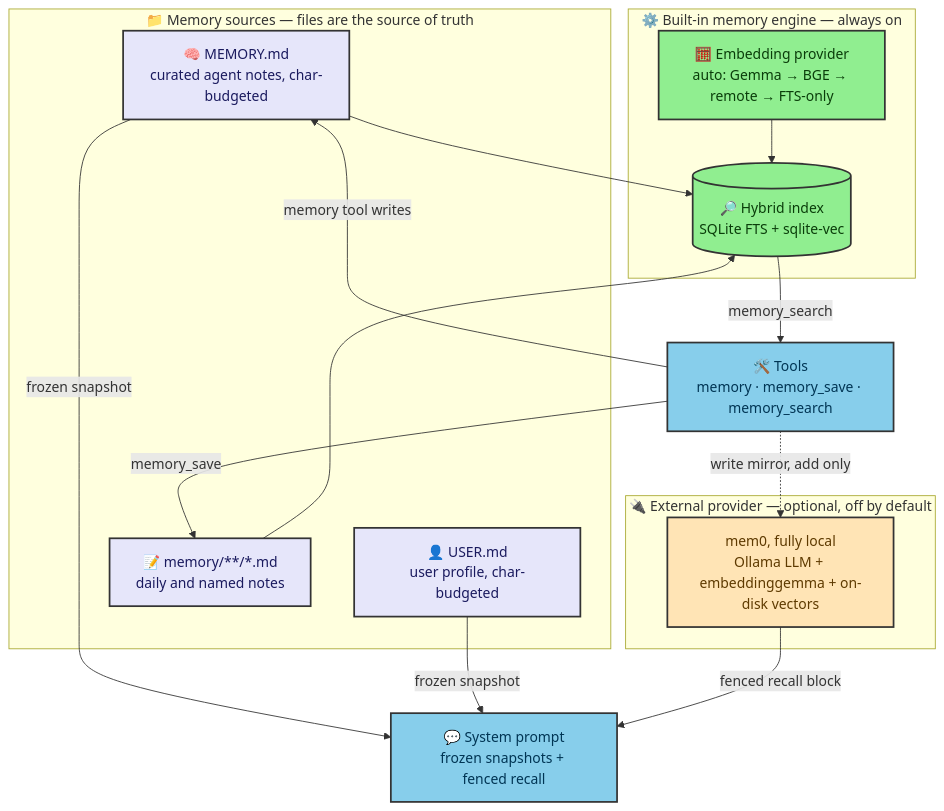
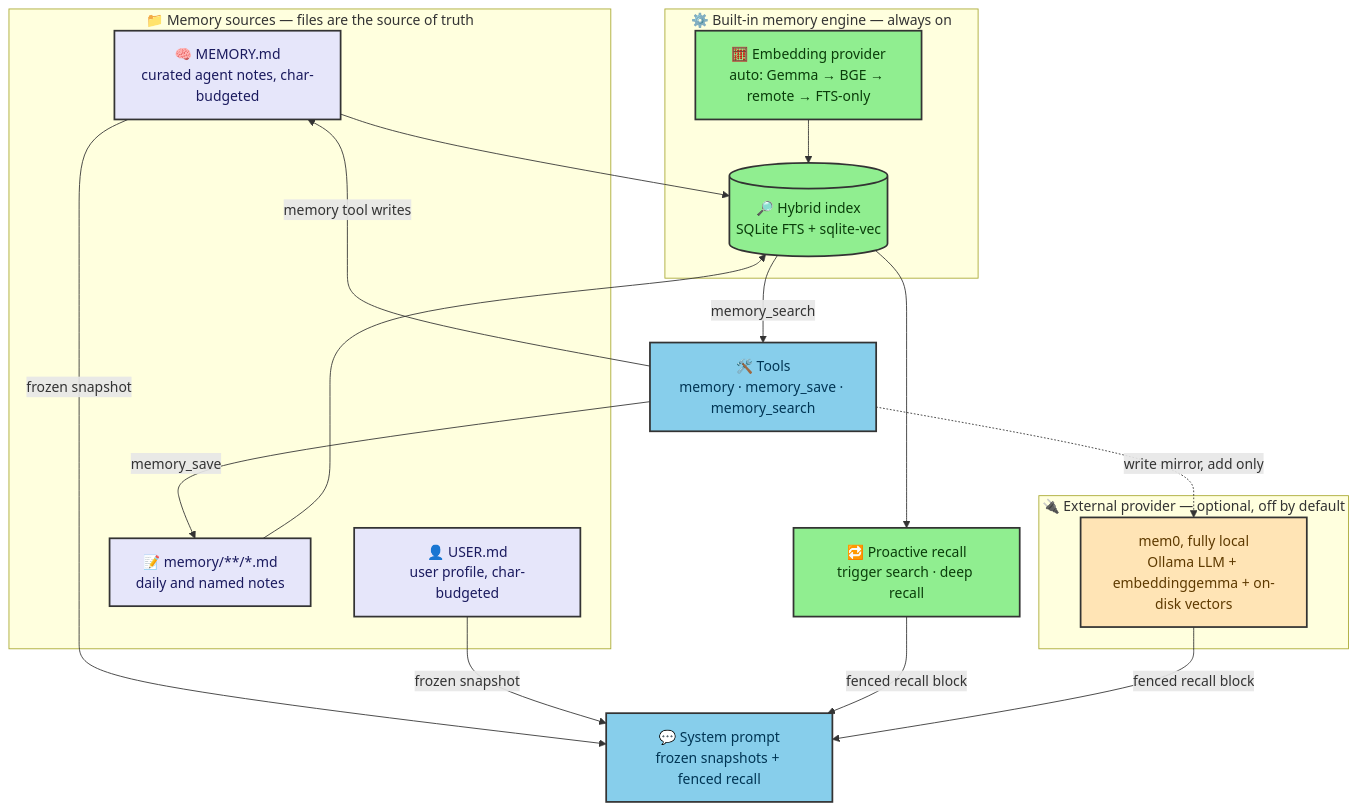
One commit to use-agent-os/agent-os changed the first of 4 diagrams in docs/features/memory.md. Above: the diagram before and after it, drawn with Mermaid. The commit also changed other lines of this file and 4 other files, not shown here.

First line of the commit message:
docs(memory): document proactive recall and curated fixes

````diff
--- a/docs/features/memory.md
+++ b/docs/features/memory.md
@@ -12,40 +12,43 @@
 ```mermaid
 graph TB
     subgraph Sources["📁 Memory sources — files are the source of truth"]
         CUR["🧠 MEMORY.md<br/>curated agent notes, char-budgeted"]
         USR["👤 USER.md<br/>user profile, char-budgeted"]
         NOTES["📝 memory/**/*.md<br/>daily and named notes"]
     end
 
     subgraph Engine["⚙️ Built-in memory engine — always on"]
         IDX[("🔎 Hybrid index<br/>SQLite FTS + sqlite-vec")]
         EMB["🧮 Embedding provider<br/>auto: Gemma → BGE → remote → FTS-only"]
     end
 
     subgraph Ext["🔌 External provider — optional, off by default"]
         MEM0["mem0, fully local<br/>Ollama LLM + embeddinggemma + on-disk vectors"]
     end
 
     PROMPT["💬 System prompt<br/>frozen snapshots + fenced recall"]
+    RECALL["🔁 Proactive recall<br/>trigger search · deep recall"]
     TOOLS["🛠️ Tools<br/>memory · memory_save · memory_search"]
 
     CUR -->|frozen snapshot| PROMPT
     USR -->|frozen snapshot| PROMPT
     CUR --> IDX
     NOTES --> IDX
     EMB --> IDX
     IDX -->|memory_search| TOOLS
+    IDX --> RECALL
+    RECALL -->|fenced recall block| PROMPT
     TOOLS -->|memory tool writes| CUR
     TOOLS -->|memory_save| NOTES
     MEM0 -->|fenced recall block| PROMPT
     TOOLS -.->|write mirror, add only| MEM0
 
     classDef store fill:#E6E6FA,stroke:#333,stroke-width:2px,color:#1a1a5e
     classDef engine fill:#90EE90,stroke:#333,stroke-width:2px,color:#0a3d0a
     classDef ext fill:#FFE4B5,stroke:#333,stroke-width:2px,color:#5e3a00
     classDef out fill:#87CEEB,stroke:#333,stroke-width:2px,color:#003554
     class CUR,USR,NOTES store
-    class IDX,EMB engine
+    class IDX,EMB,RECALL engine
     class MEM0 ext
     class PROMPT,TOOLS out
 ```
````
